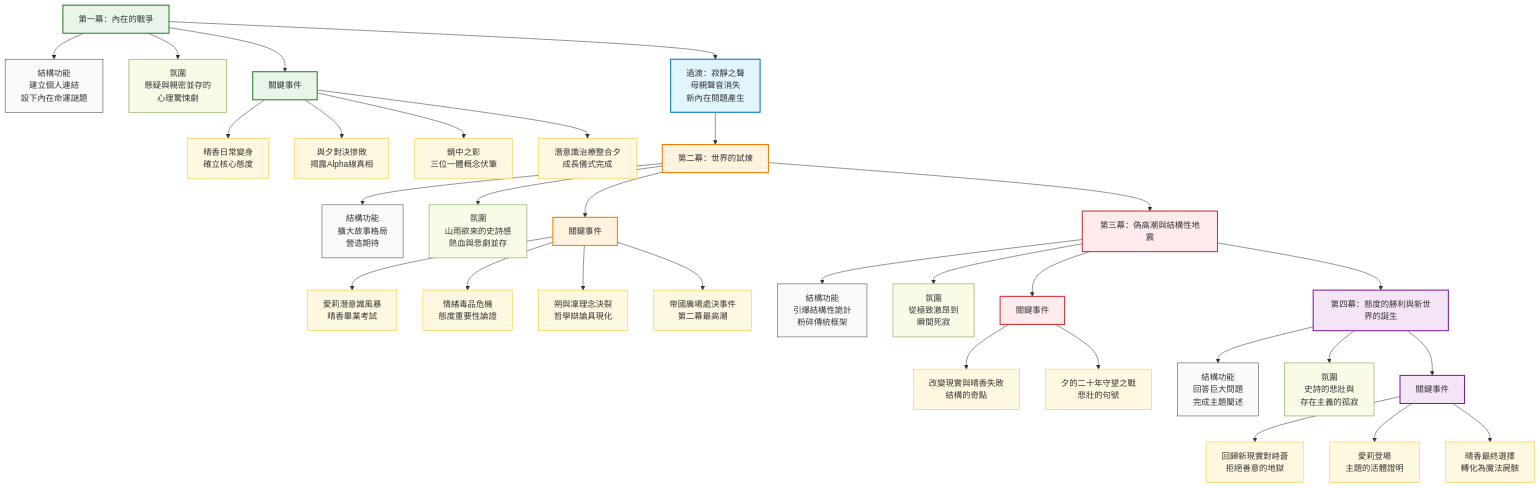
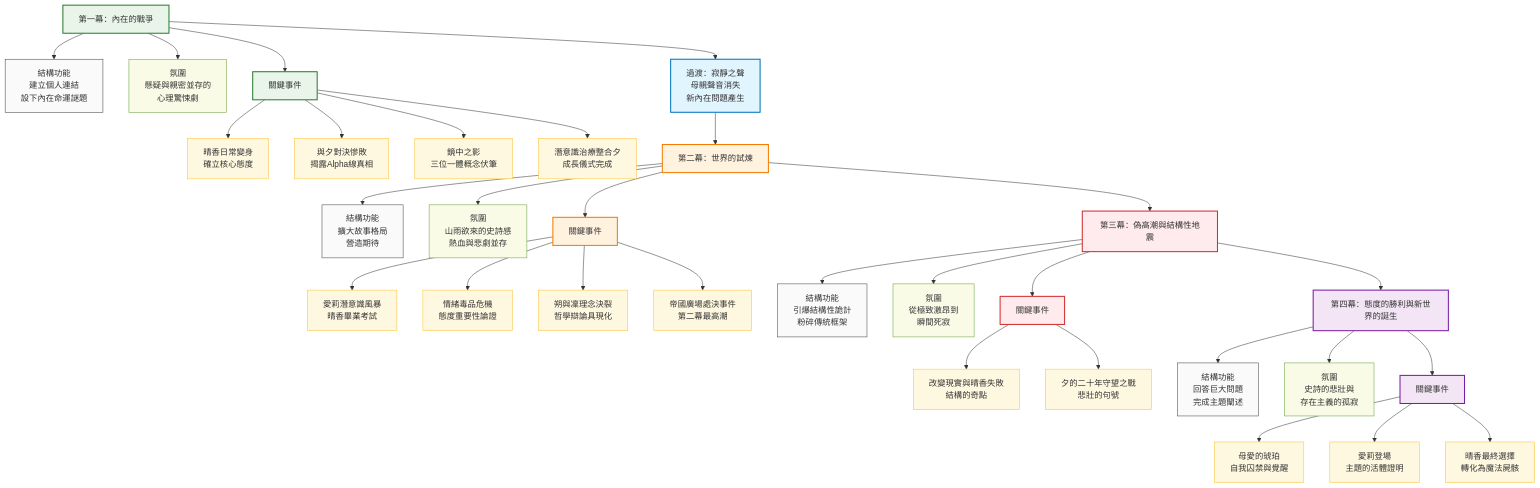
The fifth of 13 diagrams in 圖表.md (gsm041039/ProjectHarukaDocument), drawn with Mermaid before and after one commit. The commit also changed other lines of this file and 15 other files, not shown here.

````diff
--- a/圖表.md
+++ b/圖表.md
@@ -236,60 +234,60 @@
 ```mermaid
 graph TD
     %% 第一幕
     A[第一幕：內在的戰爭] --> A1[結構功能<br/>建立個人連結<br/>設下內在命運謎題]
     A --> A2[氛圍<br/>懸疑與親密並存的<br/>心理驚悚劇]
     A --> A3[關鍵事件]
     A3 --> A3a[晴香日常變身<br/>確立核心態度]
     A3 --> A3b[與夕對決慘敗<br/>揭露Alpha線真相]
     A3 --> A3c[鏡中之影<br/>三位一體概念伏筆]
     A3 --> A3d[潛意識治療整合夕<br/>成長儀式完成]
     
     %% 過渡
     A --> T1[過渡：寂靜之聲<br/>母親聲音消失<br/>新內在問題產生]
     
     %% 第二幕
     T1 --> B[第二幕：世界的試煉]
     B --> B1[結構功能<br/>擴大故事格局<br/>營造期待]
     B --> B2[氛圍<br/>山雨欲來的史詩感<br/>熱血與悲劇並存]
     B --> B3[關鍵事件]
     B3 --> B3a[愛莉潛意識風暴<br/>晴香畢業考試]
     B3 --> B3b[情緒毒品危機<br/>態度重要性論證]
     B3 --> B3c[朔與凜理念決裂<br/>哲學辯論具現化]
     B3 --> B3d[帝國廣場處決事件<br/>第二幕最高潮]
     
     %% 第三幕
     B --> C[第三幕：偽高潮與結構性地震]
     C --> C1[結構功能<br/>引爆結構性詭計<br/>粉碎傳統框架]
     C --> C2[氛圍<br/>從極致激昂到<br/>瞬間死寂]
     C --> C3[關鍵事件]
     C3 --> C3a[改變現實與晴香失敗<br/>結構的奇點]
     C3 --> C3b[夕的二十年守望之戰<br/>悲壯的句號]
     
     %% 第四幕
     C --> D[第四幕：態度的勝利與新世界的誕生]
     D --> D1[結構功能<br/>回答巨大問題<br/>完成主題闡述]
     D --> D2[氛圍<br/>史詩的悲壯與<br/>存在主義的孤寂]
     D --> D3[關鍵事件]
-    D3 --> D3a[回歸新現實對峙蒼<br/>拒絕善意的地獄]
+    D3 --> D3a[母愛的琥珀<br/>自我囚禁與覺醒]
     D3 --> D3b[愛莉登場<br/>主題的活體證明]
     D3 --> D3c[晴香最終選擇<br/>轉化為魔法屍骸]
     
     %% 樣式定義
     classDef act1 fill:#e8f5e8,stroke:#2e7d32,stroke-width:2px
     classDef act2 fill:#fff3e0,stroke:#f57c00,stroke-width:2px
     classDef act3 fill:#ffebee,stroke:#d32f2f,stroke-width:2px
     classDef act4 fill:#f3e5f5,stroke:#7b1fa2,stroke-width:2px
     classDef transition fill:#e1f5fe,stroke:#0277bd,stroke-width:2px
     classDef function fill:#fafafa,stroke:#424242,stroke-width:1px
     classDef atmosphere fill:#f9fbe7,stroke:#689f38,stroke-width:1px
     classDef event fill:#fff8e1,stroke:#fbc02d,stroke-width:1px
     
     class A,A1,A2,A3,A3a,A3b,A3c,A3d act1
     class B,B1,B2,B3,B3a,B3b,B3c,B3d act2
     class C,C1,C2,C3,C3a,C3b act3
     class D,D1,D2,D3,D3a,D3b,D3c act4
     class T1 transition
     class A1,B1,C1,D1 function
     class A2,B2,C2,D2 atmosphere
     class A3a,A3b,A3c,A3d,B3a,B3b,B3c,B3d,C3a,C3b,D3a,D3b,D3c event
 ```
````
